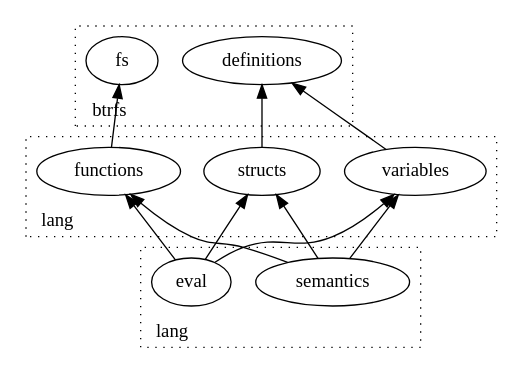
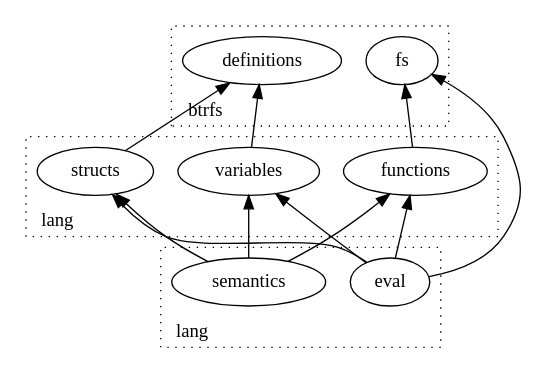
The diagram in docs/dot/architecture.dot (danobi/btrd), drawn with Graphviz before and after one commit. The commit also changed 1 other file, not shown here.

Commit message:
docs: Update diagram

```diff
--- a/docs/dot/architecture.dot
+++ b/docs/dot/architecture.dot
@@ -1,32 +1,33 @@
 digraph F {
     rankdir = BT;
 
     subgraph cluster_0 {
         label = "btrfs";
         labeljust = "l";
         style = dotted;
         definitions;
         fs;
     }
     
     subgraph cluster_1 {
         label = "lang";
         labeljust = "l";
         style = dotted;
         variables -> definitions;
         structs -> definitions;
         functions -> fs;
     }
     
     subgraph cluster_2 {
         label = "lang";
         labeljust = "l";
         style = dotted;
         semantics -> variables;
         semantics -> structs;
         semantics -> functions;
         eval -> variables;
         eval -> structs;
         eval -> functions;
+        eval -> fs;
     }
 }
```
